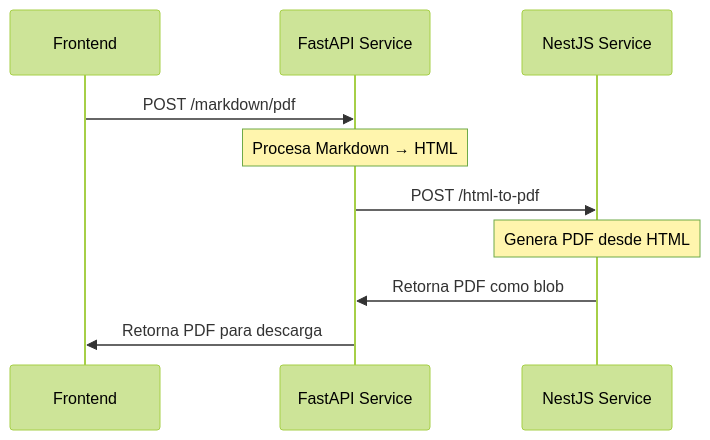
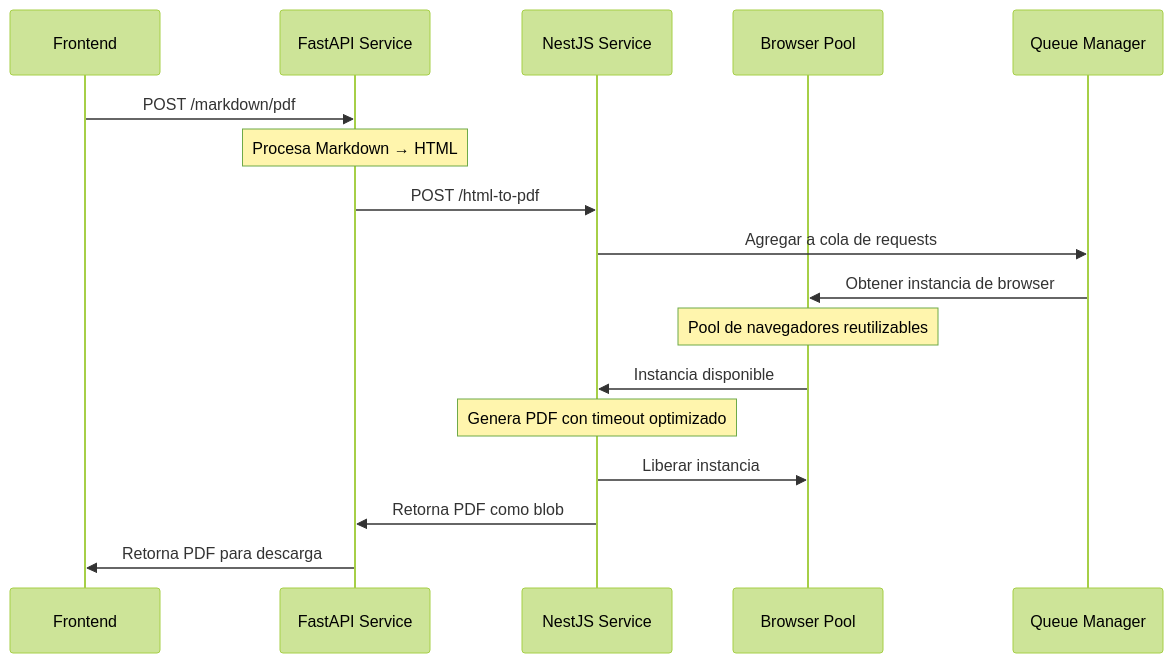
One commit to luissince/md-html-to-pdf changed the second of 4 diagrams in README.md. Above: the diagram before and after it, drawn with Mermaid (forest theme). The commit also changed other lines of this file and 1 other file, not shown here.

````diff
--- a/README.md
+++ b/README.md
@@ -76,13 +114,20 @@
 ```mermaid
 sequenceDiagram
     participant F as Frontend
     participant FA as FastAPI Service
     participant NS as NestJS Service
+    participant BP as Browser Pool
+    participant Q as Queue Manager
     
     F->>FA: POST /markdown/pdf
     Note over FA: Procesa Markdown → HTML
     FA->>NS: POST /html-to-pdf
-    Note over NS: Genera PDF desde HTML
+    NS->>Q: Agregar a cola de requests
+    Q->>BP: Obtener instancia de browser
+    Note over BP: Pool de navegadores reutilizables
+    BP->>NS: Instancia disponible
+    Note over NS: Genera PDF con timeout optimizado
+    NS->>BP: Liberar instancia
     NS->>FA: Retorna PDF como blob
     FA->>F: Retorna PDF para descarga
 ```
````
